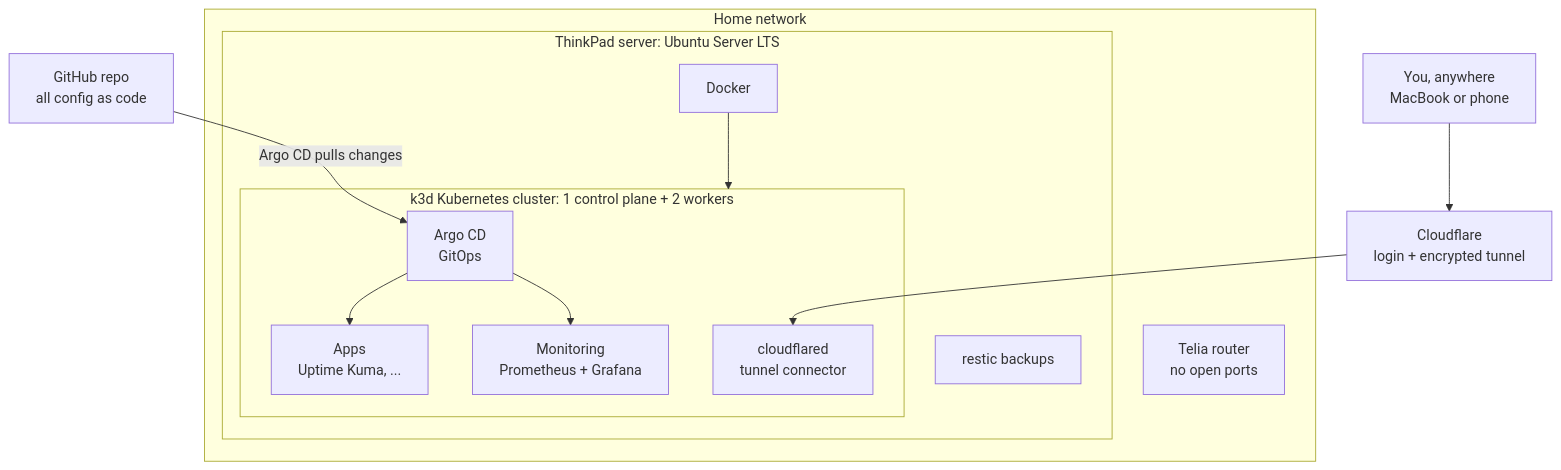
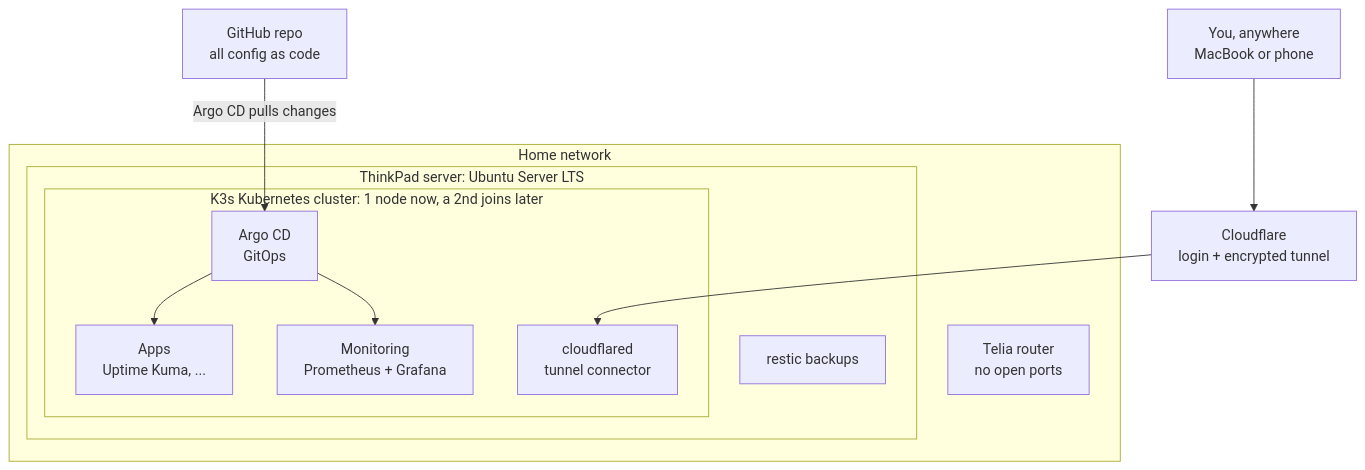
One commit to alanhabib/homelab changed the first of 2 diagrams in README.md. Above: the diagram before and after it, drawn with Mermaid. The commit also changed other lines of this file and 10 other files, not shown here.

````diff
--- a/README.md
+++ b/README.md
@@ -17,27 +19,25 @@
 ```mermaid
 flowchart TB
     you["You, anywhere<br/>MacBook or phone"]
     cf["Cloudflare<br/>login + encrypted tunnel"]
 
     subgraph home["Home network"]
         router["Telia router<br/>no open ports"]
         subgraph server["ThinkPad server: Ubuntu Server LTS"]
-            docker["Docker"]
-            subgraph k8s["k3d Kubernetes cluster: 1 control plane + 2 workers"]
+            subgraph k8s["K3s Kubernetes cluster: 1 node now, a 2nd joins later"]
                 argo["Argo CD<br/>GitOps"]
                 apps["Apps<br/>Uptime Kuma, ..."]
                 mon["Monitoring<br/>Prometheus + Grafana"]
                 tunnel["cloudflared<br/>tunnel connector"]
             end
             backup["restic backups"]
         end
     end
 
     git["GitHub repo<br/>all config as code"]
 
     you --> cf --> tunnel
     git -- "Argo CD pulls changes" --> argo
     argo --> apps
     argo --> mon
-    docker --> k8s
 ```
````
